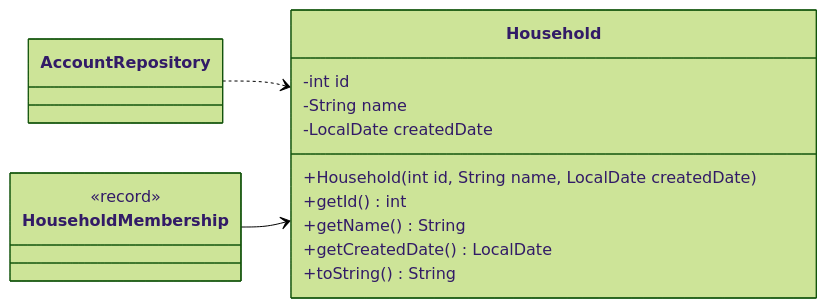
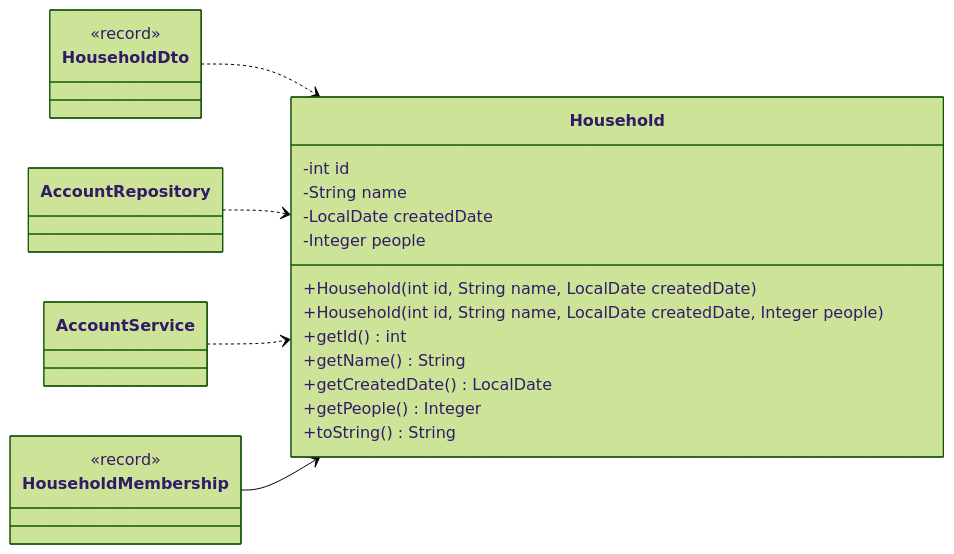
One commit to Nate-ryan-7690/dahaem changed the sixth of 9 diagrams in docs/classes/auth.md. Above: the diagram before and after it, drawn with Mermaid (forest theme). The commit also changed other lines of this file and 4 other files, not shown here.

````diff
--- a/docs/classes/auth.md
+++ b/docs/classes/auth.md
@@ -288,20 +303,29 @@
 ```mermaid
 classDiagram
     direction LR
     class auth_Household["Household"] {
         -int id
         -String name
         -LocalDate createdDate
+        -Integer people
         +Household(int id, String name, LocalDate createdDate)
+        +Household(int id, String name, LocalDate createdDate, Integer people)
         +getId() int
         +getName() String
         +getCreatedDate() LocalDate
+        +getPeople() Integer
         +toString() String
     }
     class auth_HouseholdMembership["HouseholdMembership"] {
         <<record>>
     }
+    class api_HouseholdDto["HouseholdDto"] {
+        <<record>>
+    }
     class auth_AccountRepository["AccountRepository"]
+    class auth_AccountService["AccountService"]
+    api_HouseholdDto ..> auth_Household
     auth_AccountRepository ..> auth_Household
+    auth_AccountService ..> auth_Household
     auth_HouseholdMembership --> auth_Household
 ```
````
